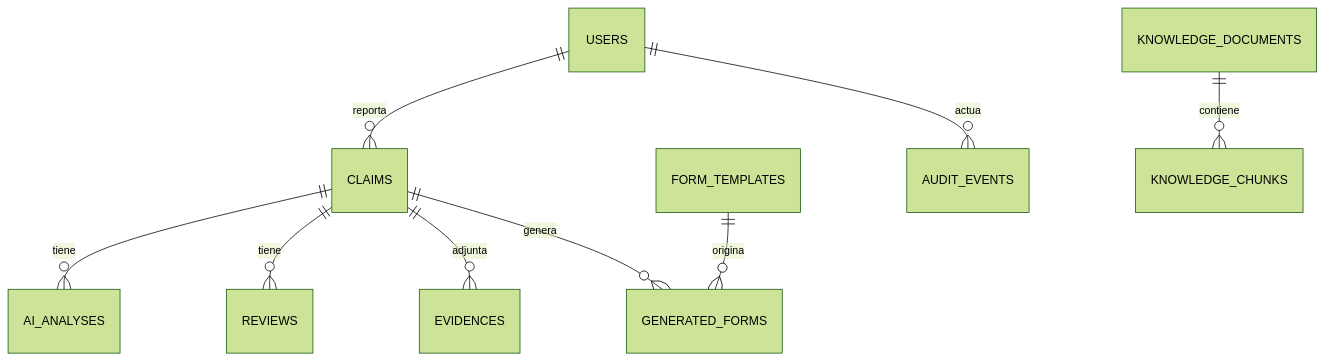
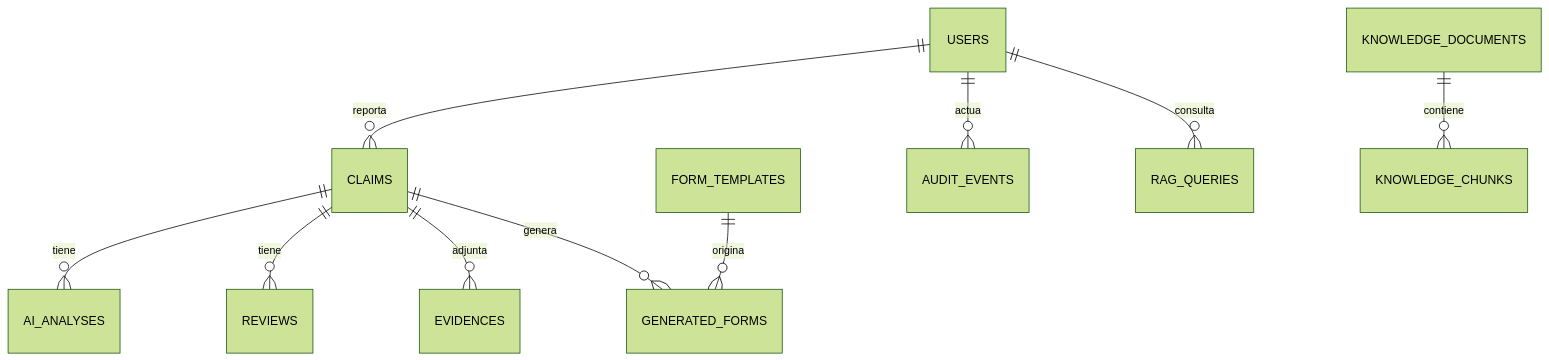
Before and after one commit to hgmotoar2202/Main: the third of 3 diagrams in _bmad-output/architecture-spine-insure-ai.md, drawn with Mermaid (forest theme). The commit also changed other lines of this file and 5 other files, not shown here.

````diff
--- a/_bmad-output/architecture-spine-insure-ai.md
+++ b/_bmad-output/architecture-spine-insure-ai.md
@@ -151,11 +157,12 @@
 ```mermaid
 erDiagram
   USERS ||--o{ CLAIMS : reporta
   CLAIMS ||--o{ AI_ANALYSES : tiene
   CLAIMS ||--o{ REVIEWS : tiene
   CLAIMS ||--o{ EVIDENCES : adjunta
   CLAIMS ||--o{ GENERATED_FORMS : genera
   FORM_TEMPLATES ||--o{ GENERATED_FORMS : origina
   USERS ||--o{ AUDIT_EVENTS : actua
   KNOWLEDGE_DOCUMENTS ||--o{ KNOWLEDGE_CHUNKS : contiene
+  USERS ||--o{ RAG_QUERIES : consulta
 ```
````
